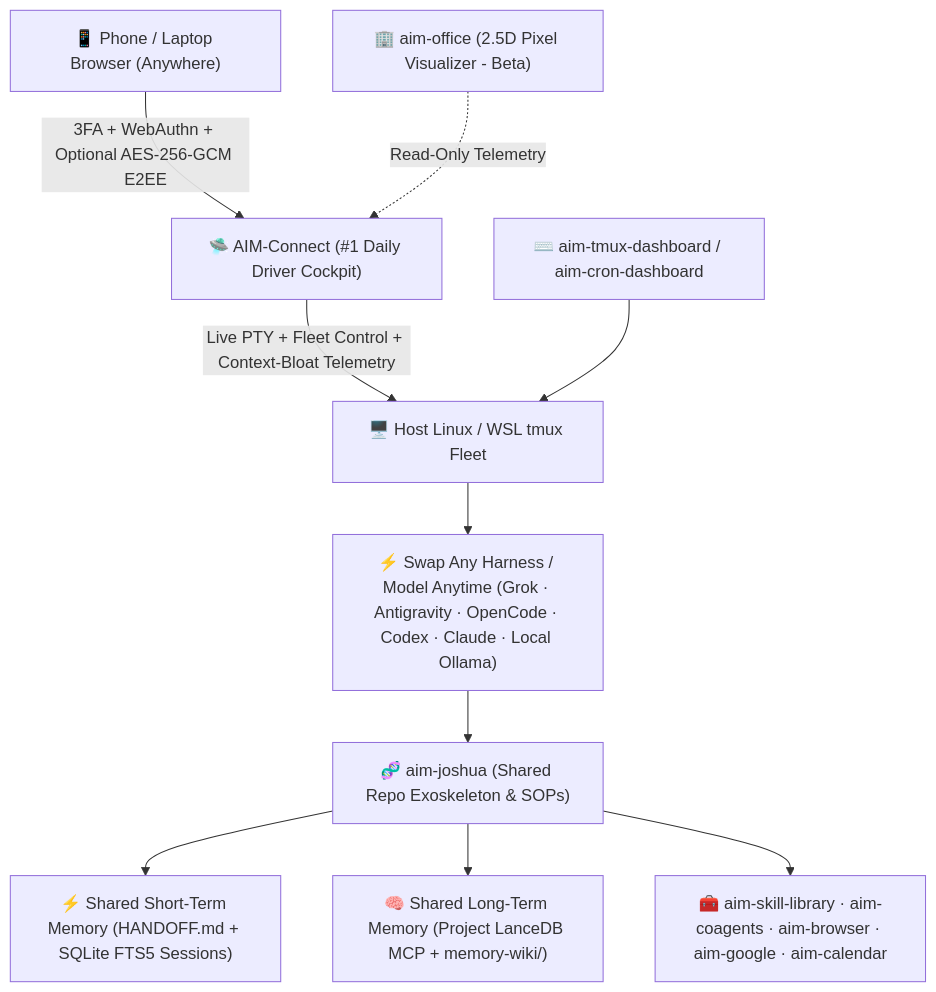
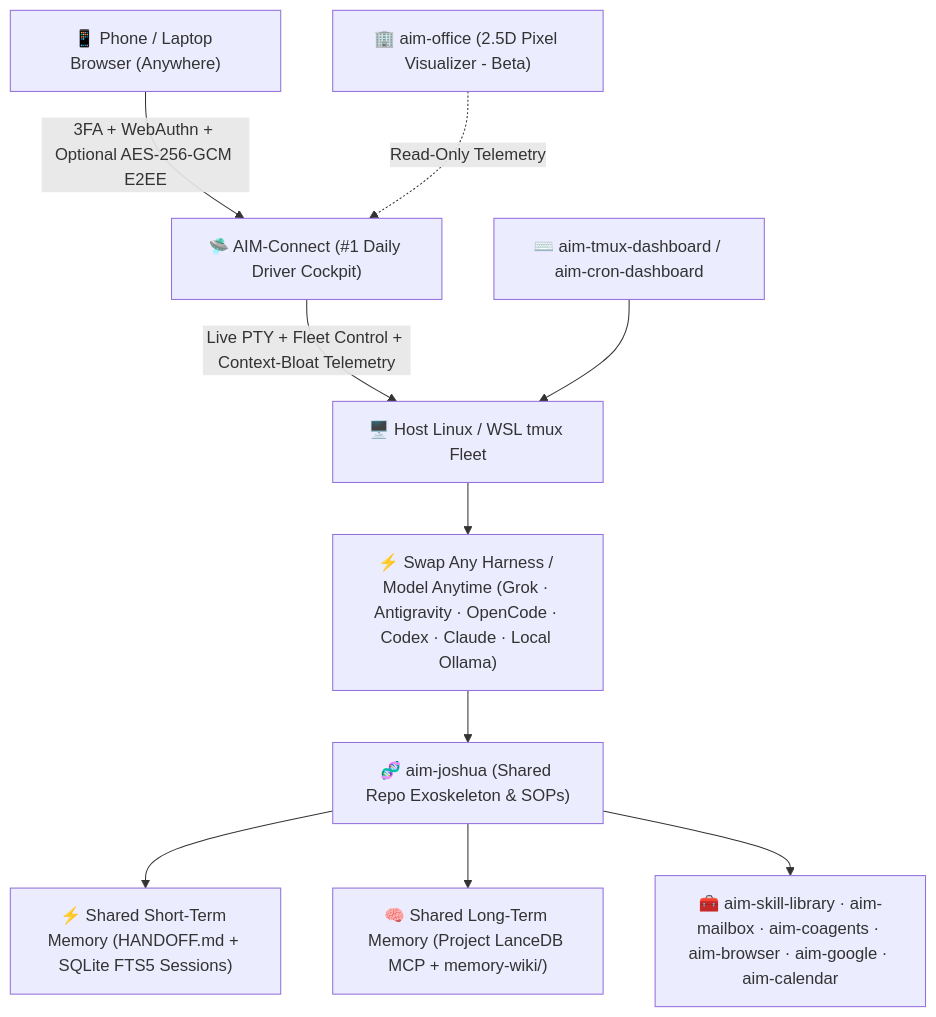
The diagram in README.md (BrianV1981/aim-ecosystem), drawn with Mermaid before and after one commit. The commit also changed other lines of this file, not shown here.

Commit message:
docs(ecosystem): add aim-mailbox v0.1.1 and archive superseded aim-chalkboard & aim-boardroom (Closes #1)

````diff
--- a/README.md
+++ b/README.md
@@ -30,12 +30,12 @@
 ```mermaid
 flowchart TD
     Browser["📱 Phone / Laptop Browser (Anywhere)"] -->|"3FA + WebAuthn + Optional AES-256-GCM E2EE"| Connect["🛸 AIM-Connect (#1 Daily Driver Cockpit)"]
     Connect -->|"Live PTY + Fleet Control + Context-Bloat Telemetry"| Tmux["🖥️ Host Linux / WSL tmux Fleet"]
     Dash["⌨️ aim-tmux-dashboard / aim-cron-dashboard"] --> Tmux
     Office["🏢 aim-office (2.5D Pixel Visualizer - Beta)"] -.->|"Read-Only Telemetry"| Connect
     Tmux --> Harnesses["⚡ Swap Any Harness / Model Anytime (Grok · Antigravity · OpenCode · Codex · Claude · Local Ollama)"]
     Harnesses --> Joshua["🧬 aim-joshua (Shared Repo Exoskeleton & SOPs)"]
     Joshua --> ShortTerm["⚡ Shared Short-Term Memory (HANDOFF.md + SQLite FTS5 Sessions)"]
     Joshua --> LongTerm["🧠 Shared Long-Term Memory (Project LanceDB MCP + memory-wiki/)"]
-    Joshua --> Tools["🧰 aim-skill-library · aim-coagents · aim-browser · aim-google · aim-calendar"]
+    Joshua --> Tools["🧰 aim-skill-library · aim-mailbox · aim-coagents · aim-browser · aim-google · aim-calendar"]
 ```
````
